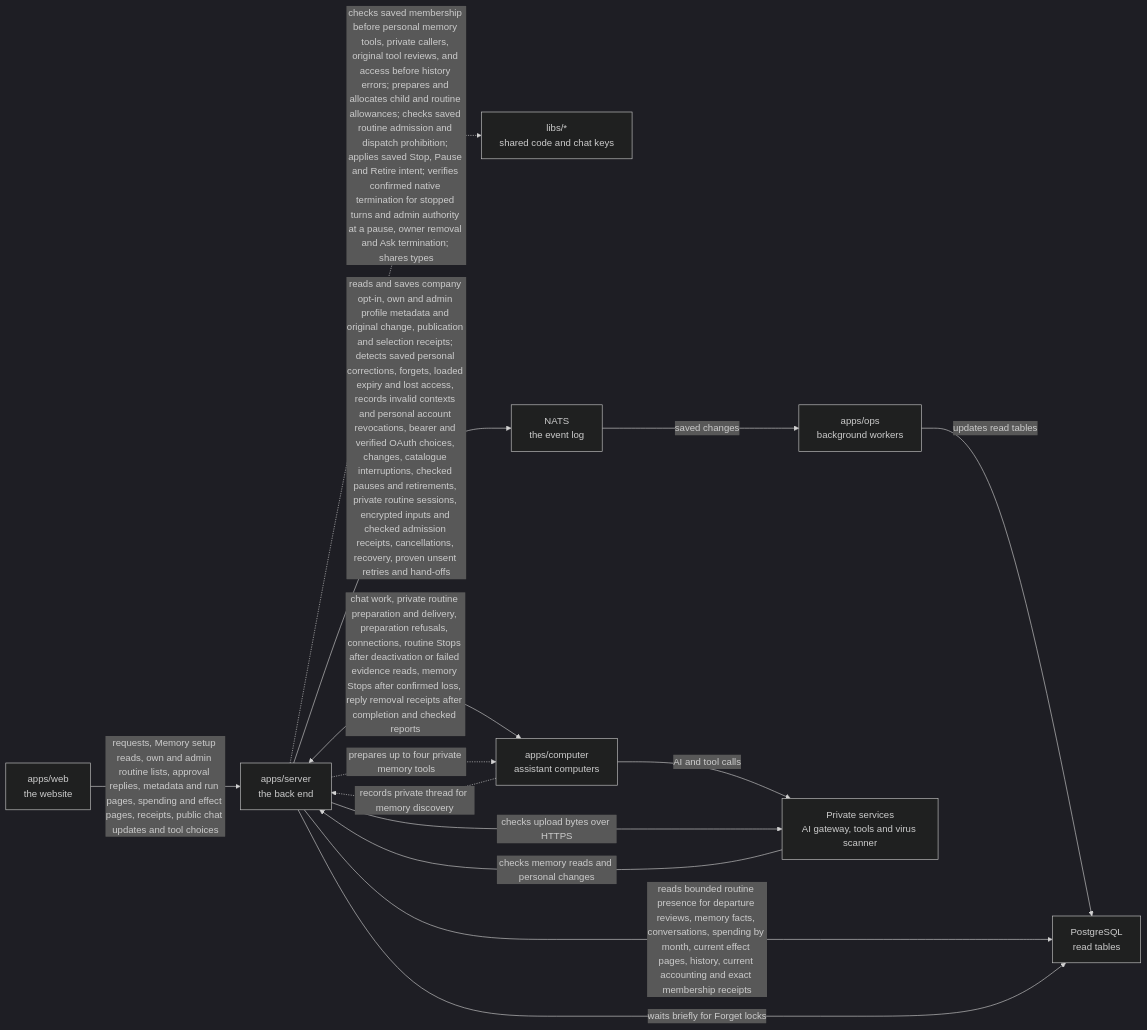
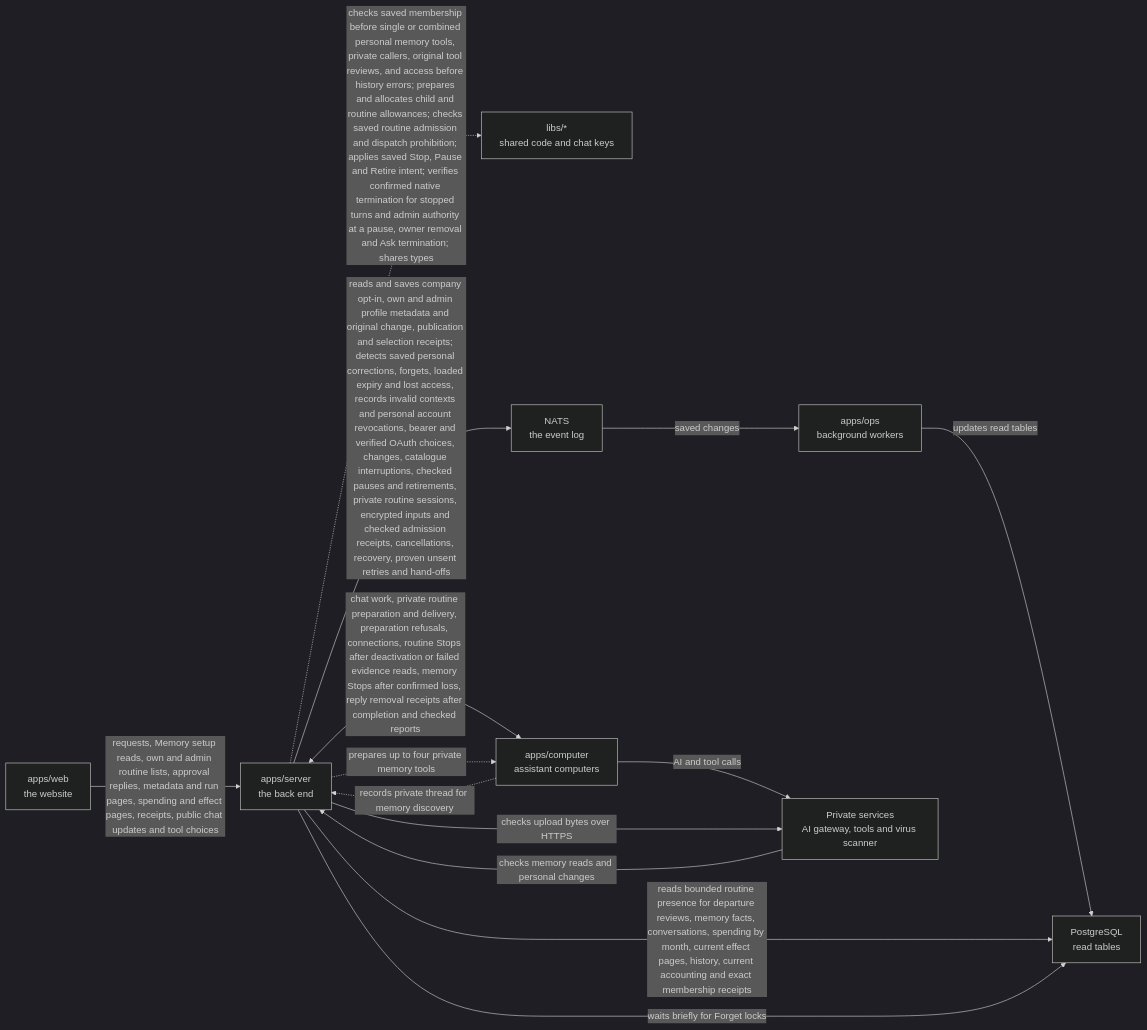
The diagram in apps/server/README.md (elewa-git/opencrane-new), drawn with Mermaid (dark theme) before and after one commit. The commit also changed other lines of this file and 4 other files, not shown here.

Commit message:
🔒 Check saved membership before combined memory preparation

````diff
--- a/apps/server/README.md
+++ b/apps/server/README.md
@@ -165,16 +165,16 @@
 ```mermaid
 flowchart LR
   web["apps/web<br/>the website"] -->|requests, Memory setup reads, own and admin routine lists, approval replies, metadata and run pages, spending and effect pages, receipts, public chat updates and tool choices| server["apps/server<br/>the back end"]
-  server -.->|checks saved membership before personal memory tools, private callers, original tool reviews, and access before history errors; prepares and allocates child and routine allowances; checks saved routine admission and dispatch prohibition; applies saved Stop, Pause and Retire intent; verifies confirmed native termination for stopped turns and admin authority at a pause, owner removal and Ask termination; shares types| libs["libs/*<br/>shared code and chat keys"]
+  server -.->|checks saved membership before single or combined personal memory tools, private callers, original tool reviews, and access before history errors; prepares and allocates child and routine allowances; checks saved routine admission and dispatch prohibition; applies saved Stop, Pause and Retire intent; verifies confirmed native termination for stopped turns and admin authority at a pause, owner removal and Ask termination; shares types| libs["libs/*<br/>shared code and chat keys"]
   server -->|reads and saves company opt-in, own and admin profile metadata and original change, publication and selection receipts; detects saved personal corrections, forgets, loaded expiry and lost access, records invalid contexts and personal account revocations, bearer and verified OAuth choices, changes, catalogue interruptions, checked pauses and retirements, private routine sessions, encrypted inputs and checked admission receipts, cancellations, recovery, proven unsent retries and hand-offs| nats["NATS<br/>the event log"]
   nats -->|saved changes| ops["apps/ops<br/>background workers"]
   ops -->|updates read tables| postgres["PostgreSQL<br/>read tables"]
   server -->|reads bounded routine presence for departure reviews, memory facts, conversations, spending by month, current effect pages, history, current accounting and exact membership receipts| postgres
   server -->|waits briefly for Forget locks| postgres
   server <-->|chat work, private routine preparation and delivery, preparation refusals, connections, routine Stops after deactivation or failed evidence reads, memory Stops after confirmed loss, reply removal receipts after completion and checked reports| computer["apps/computer<br/>assistant computers"]
   computer -.->|records private thread for memory discovery| server
   server -.->|prepares up to four private memory tools| computer
   computer -->|AI and tool calls| runtime["Private services<br/>AI gateway, tools and virus scanner"]
   server -->|checks upload bytes over HTTPS| runtime
   runtime -->|checks memory reads and personal changes| server
 ```
````
